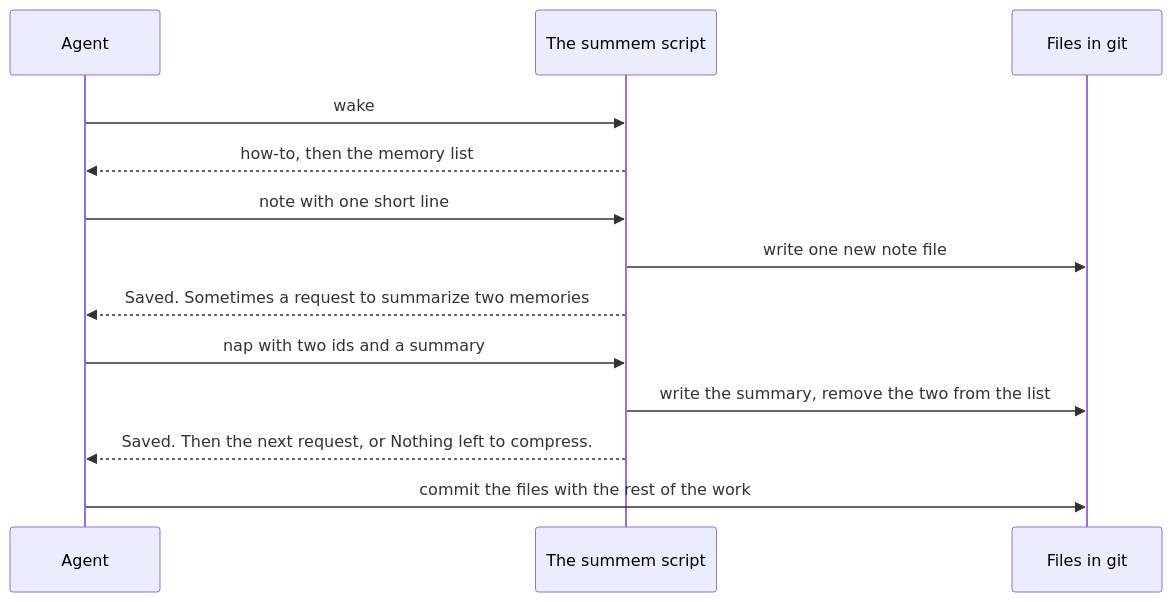
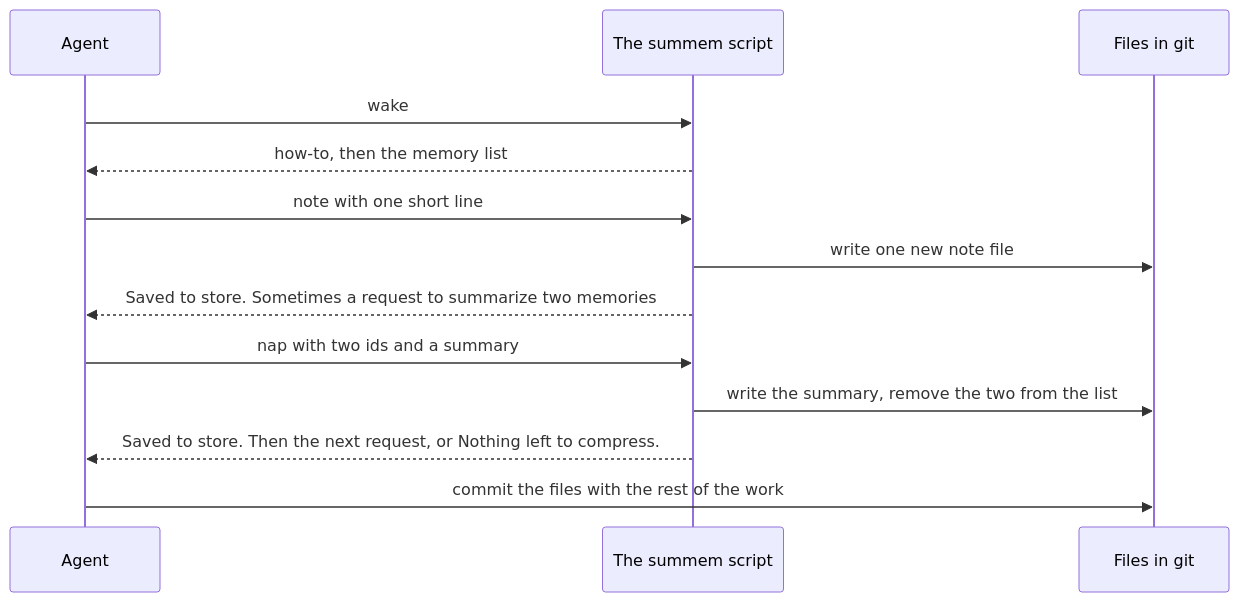
Before and after one commit to Texarkanine/SumMem: the first of 5 diagrams in docs/how-it-works/index.md, drawn with Mermaid. The commit also changed other lines of this file and 18 other files, not shown here.

````diff
--- a/docs/how-it-works/index.md
+++ b/docs/how-it-works/index.md
@@ -28,16 +28,16 @@
 ```mermaid
 sequenceDiagram
     participant Agent
     participant Script as The summem script
     participant Files as Files in git
 
     Agent->>Script: wake
     Script-->>Agent: how-to, then the memory list
     Agent->>Script: note with one short line
     Script->>Files: write one new note file
-    Script-->>Agent: Saved. Sometimes a request to summarize two memories
+    Script-->>Agent: Saved to store. Sometimes a request to summarize two memories
     Agent->>Script: nap with two ids and a summary
     Script->>Files: write the summary, remove the two from the list
-    Script-->>Agent: Saved. Then the next request, or Nothing left to compress.
+    Script-->>Agent: Saved to store. Then the next request, or Nothing left to compress.
     Agent->>Files: commit the files with the rest of the work
 ```
````
